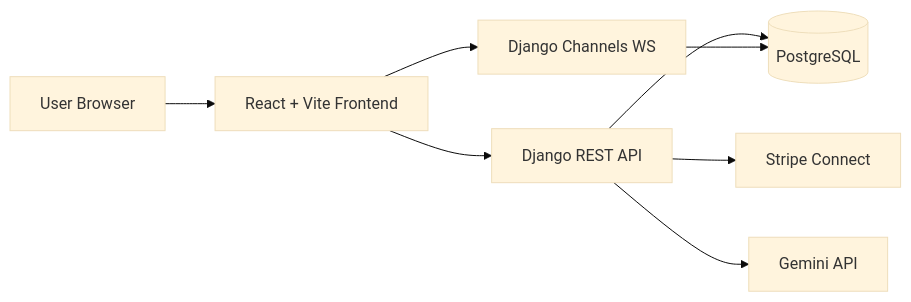
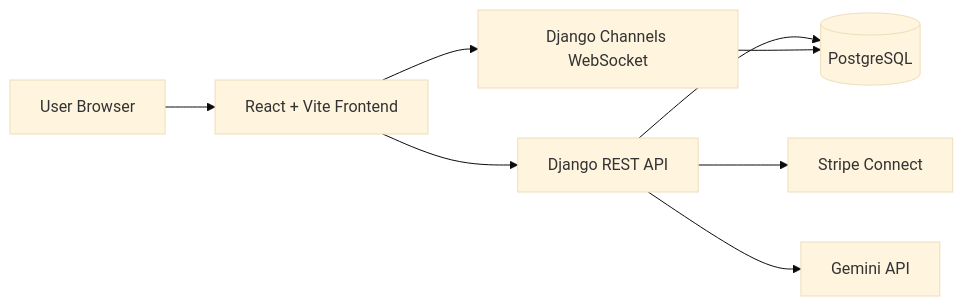
One commit to Menna0Allah/MultiTask-docs changed the first of 5 diagrams in docs/architecture.md. Above: the diagram before and after it, drawn with Mermaid (base theme). The commit also changed other lines of this file and 10 other files, not shown here.

````diff
--- a/docs/architecture.md
+++ b/docs/architecture.md
@@ -7,10 +16,10 @@
 ```mermaid
 flowchart LR
   U[User Browser] --> FE[React + Vite Frontend]
   FE --> API[Django REST API]
-  FE --> WS[Django Channels WS]
+  FE --> WS[Django Channels WebSocket]
   API --> DB[(PostgreSQL)]
   API --> STRIPE[Stripe Connect]
   API --> GEMINI[Gemini API]
   WS --> DB
 ```
````
